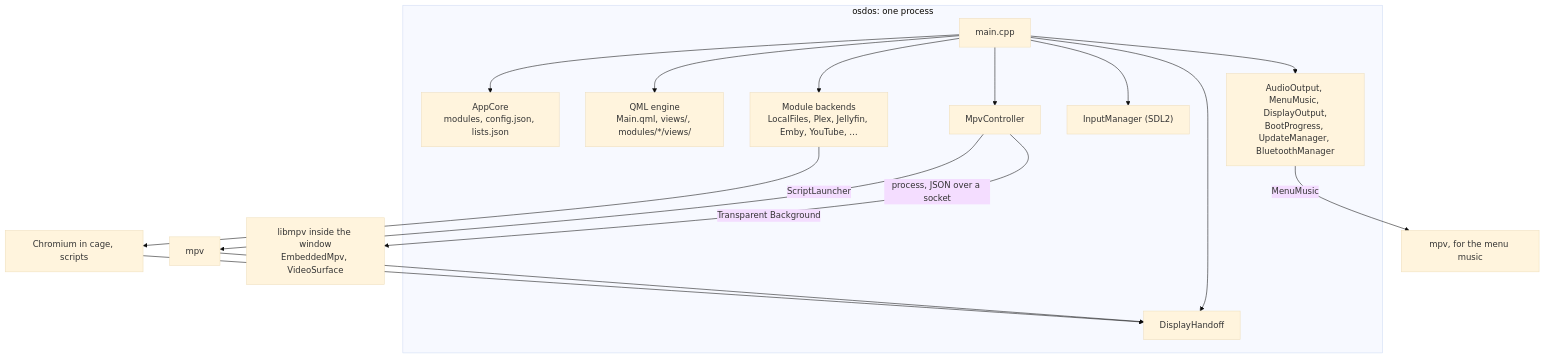
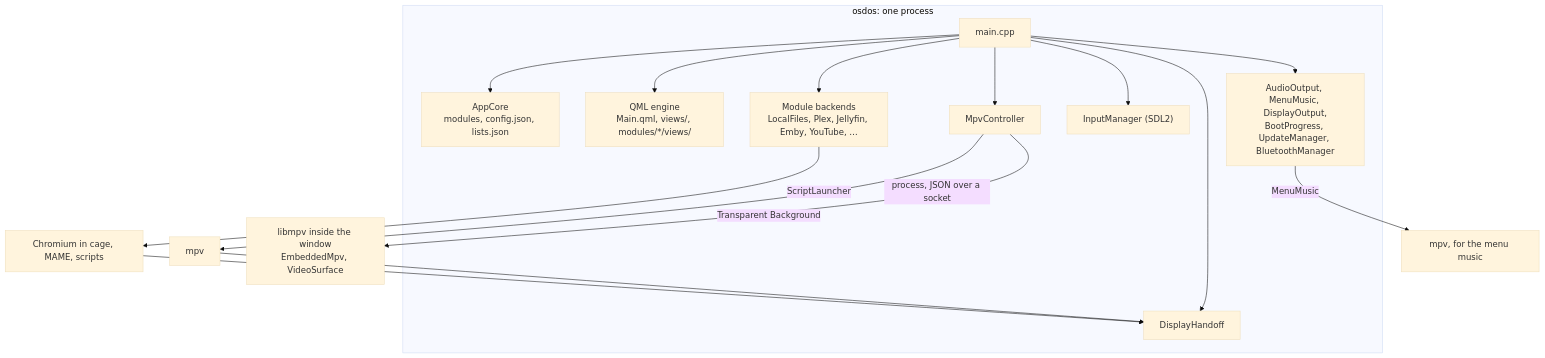
Before and after one commit to mehmetraif/OSD-OS: the first of 7 diagrams in docs/wiki/How-It-Works.md, drawn with Mermaid (base theme). The commit also changed other lines of this file and 52 other files, not shown here.

````diff
--- a/docs/wiki/How-It-Works.md
+++ b/docs/wiki/How-It-Works.md
@@ -9,18 +9,18 @@
 ```mermaid
 flowchart TB
     subgraph app["osdos: one process"]
         main["main.cpp"] --> core["AppCore<br/>modules, config.json, lists.json"]
         main --> qml["QML engine<br/>Main.qml, views/, modules/*/views/"]
         main --> be["Module backends<br/>LocalFiles, Plex, Jellyfin, Emby, YouTube, …"]
         main --> mpvc["MpvController"]
         main --> inp["InputManager (SDL2)"]
         main --> dh["DisplayHandoff"]
         main --> sys["AudioOutput, MenuMusic, DisplayOutput,<br/>BootProgress, UpdateManager, BluetoothManager"]
     end
     mpvc -- "process, JSON over a socket" --> mpv["mpv"]
     mpvc -- "Transparent Background" --> emb["libmpv inside the window<br/>EmbeddedMpv, VideoSurface"]
     sys -- "MenuMusic" --> mm["mpv, for the menu music"]
-    be -- "ScriptLauncher" --> ch["Chromium in cage, scripts"]
+    be -- "ScriptLauncher" --> ch["Chromium in cage, MAME, scripts"]
     mpv --> dh
     ch --> dh
 ```
````
